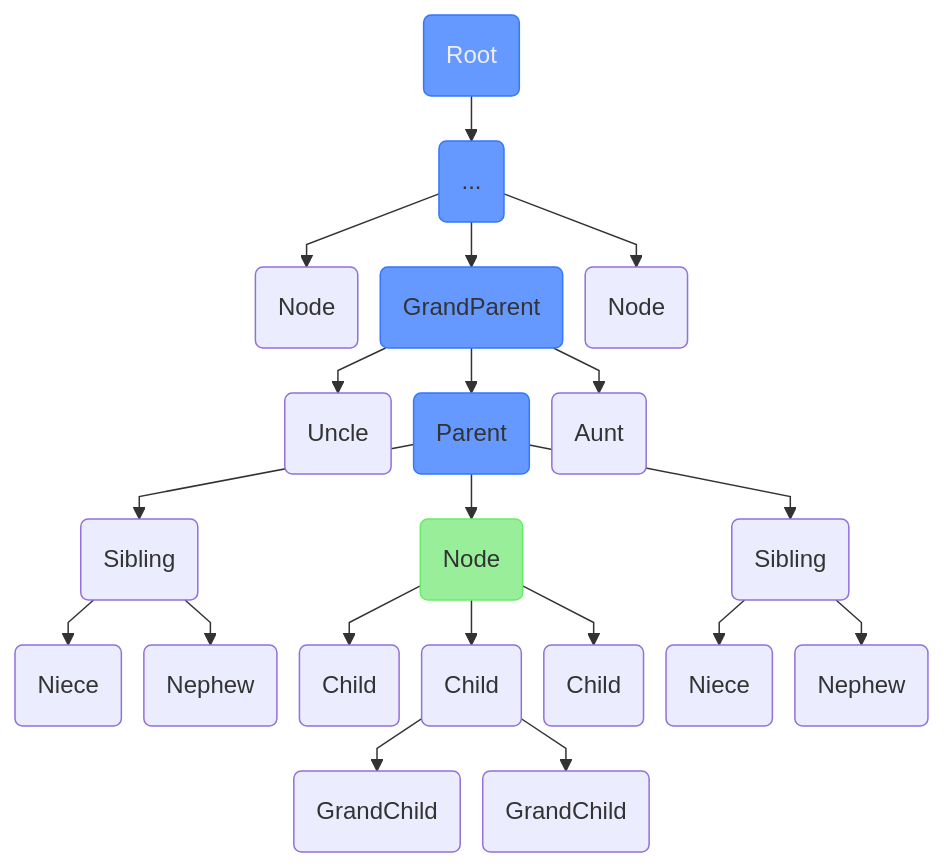
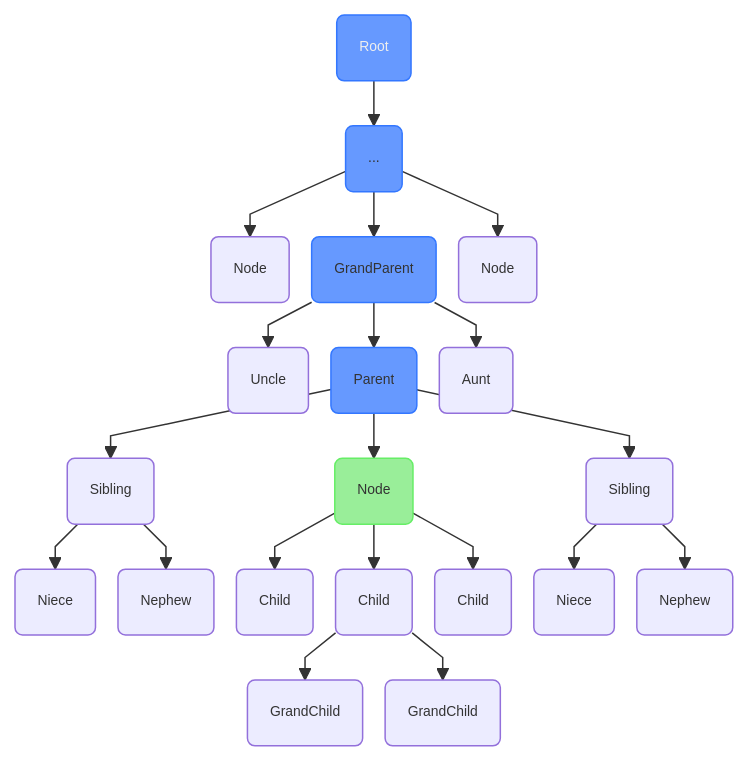
The first of 12 diagrams in doc/Glossary.rst (pyTooling/pyTooling), drawn with Mermaid before and after one commit. The commit also changed other lines of this file, not shown here.

```diff
--- a/doc/Glossary.rst
+++ b/doc/Glossary.rst
@@ -27,27 +28,28 @@
      .. mermaid::
         :caption: Ancestors of the current node are marked in blue.
 
         %%{init: { "flowchart": { "nodeSpacing": 15, "rankSpacing": 30, "curve": "linear", "useMaxWidth": false } } }%%
         graph TD
           R(Root)
           A(...)
           BL(Node); B(GrandParent); BR(Node)
           CL(Uncle); C(Parent); CR(Aunt)
           DL(Sibling); D(Node);  DR(Sibling)
           ELN1(Niece); ELN2(Nephew)
           EL(Child);   E(Child); ER(Child);
           ERN1(Niece);ERN2(Nephew)
           F1(GrandChild); F2(GrandChild)
 
           R:::mark1 --> A
           A:::mark2 --> BL & B & BR
           B:::mark2 --> CL & C & CR
           C:::mark2 --> DL & D & DR
           DL --> ELN1 & ELN2
           D:::cur --> EL & E & ER
           DR --> ERN1 & ERN2
           E --> F1 & F2
 
-          classDef cur fill:#9e9,stroke:#6e6;
-          classDef mark1 fill:#69f,stroke:#37f,color:#eee;
-          classDef mark2 fill:#69f,stroke:#37f;
+          classDef node font-size:smaller;
+          classDef cur fill:#9e9,stroke:#6e6,font-size:smaller;
+          classDef mark1 fill:#69f,stroke:#37f,color:#eee,font-size:smaller;
+          classDef mark2 fill:#69f,stroke:#37f,font-size:smaller;
```
